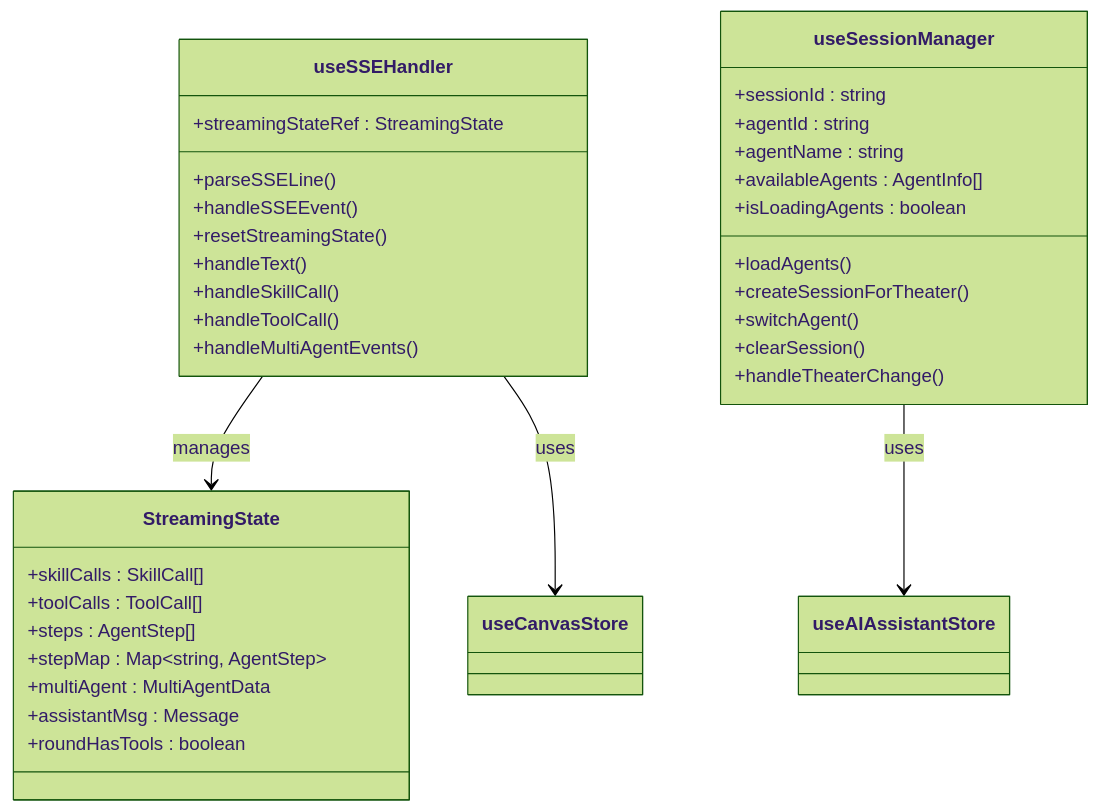
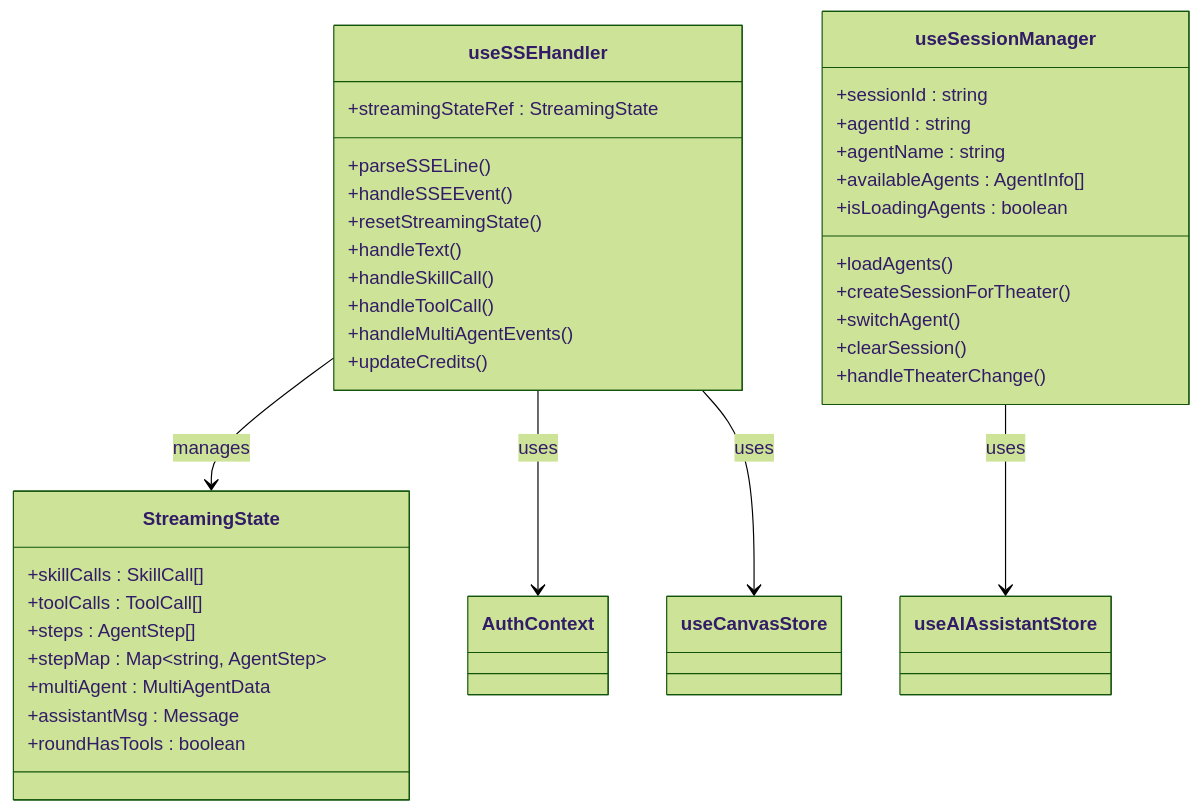
Before and after one commit to KunLabAI/KunFlix: the third of 18 diagrams in .qoder/repowiki/zh/content/前端开发指南/AI助手面板增强.md, drawn with Mermaid (forest theme). The commit also changed other lines of this file and 27 other files, not shown here.

````diff
--- a/.qoder/repowiki/zh/content/前端开发指南/AI助手面板增强.md
+++ b/.qoder/repowiki/zh/content/前端开发指南/AI助手面板增强.md
@@ -172,37 +183,39 @@
 ```mermaid
 classDiagram
 class useSSEHandler {
 +streamingStateRef : StreamingState
 +parseSSELine()
 +handleSSEEvent()
 +resetStreamingState()
 +handleText()
 +handleSkillCall()
 +handleToolCall()
 +handleMultiAgentEvents()
++updateCredits()
 }
 class useSessionManager {
 +sessionId : string
 +agentId : string
 +agentName : string
 +availableAgents : AgentInfo[]
 +isLoadingAgents : boolean
 +loadAgents()
 +createSessionForTheater()
 +switchAgent()
 +clearSession()
 +handleTheaterChange()
 }
 class StreamingState {
 +skillCalls : SkillCall[]
 +toolCalls : ToolCall[]
 +steps : AgentStep[]
 +stepMap : Map~string, AgentStep~
 +multiAgent : MultiAgentData
 +assistantMsg : Message
 +roundHasTools : boolean
 }
 useSSEHandler --> StreamingState : manages
+useSSEHandler --> AuthContext : uses
 useSessionManager --> useAIAssistantStore : uses
 useSSEHandler --> useCanvasStore : uses
 ```
````
